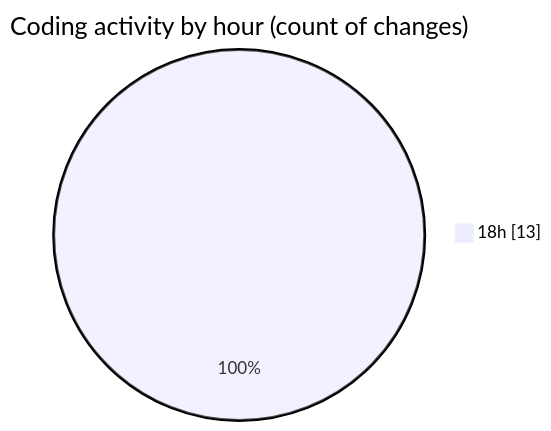
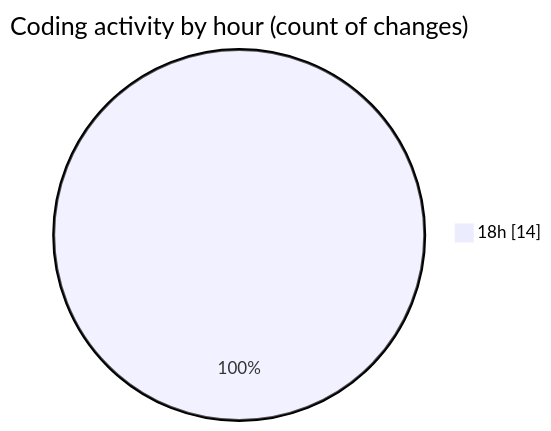
Before and after one commit to charlie-sans/code-tracking: the second of 2 diagrams in 2025-03-11/mylighter-uhigh/README.md, drawn with Mermaid. The commit also changed other lines of this file and 1 other file, not shown here.

````diff
--- a/2025-03-11/mylighter-uhigh/README.md
+++ b/2025-03-11/mylighter-uhigh/README.md
@@ -29,5 +31,5 @@
 ```mermaid
 pie showData
 title Coding activity by hour (count of changes)
-"18h" : 13
+"18h" : 14
 ```
````
